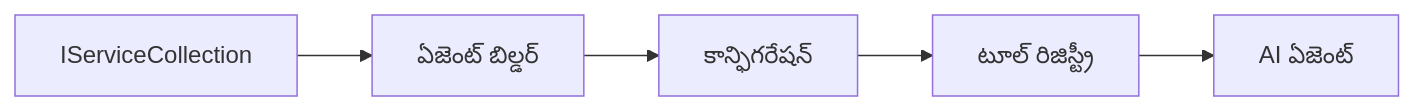
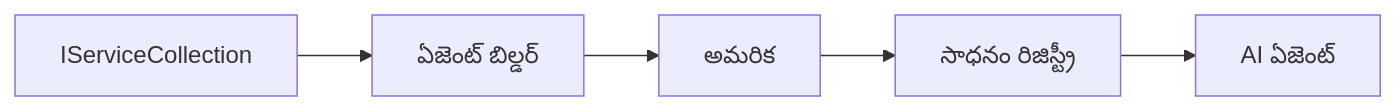
One commit to venturemavenwill/azureaifundamentals changed the diagram in translations/te/03-agentic-design-patterns/code_samples/03-dotnet-agent-framework.md. Above: the diagram before and after it, drawn with Mermaid. The commit also changed other lines of this file and 2002 other files, not shown here.

````diff
--- a/translations/te/03-agentic-design-patterns/code_samples/03-dotnet-agent-framework.md
+++ b/translations/te/03-agentic-design-patterns/code_samples/03-dotnet-agent-framework.md
@@ -41,7 +41,7 @@
 ```mermaid
 graph LR
     A[IServiceCollection] --> B[ఏజెంట్ బిల్డర్]
-    B --> C[కాన్ఫిగరేషన్]
-    C --> D[టూల్ రిజిస్ట్రీ]
+    B --> C[అమరిక]
+    C --> D[సాధనం రిజిస్ట్రీ]
     D --> E[AI ఏజెంట్]
 ```
````
